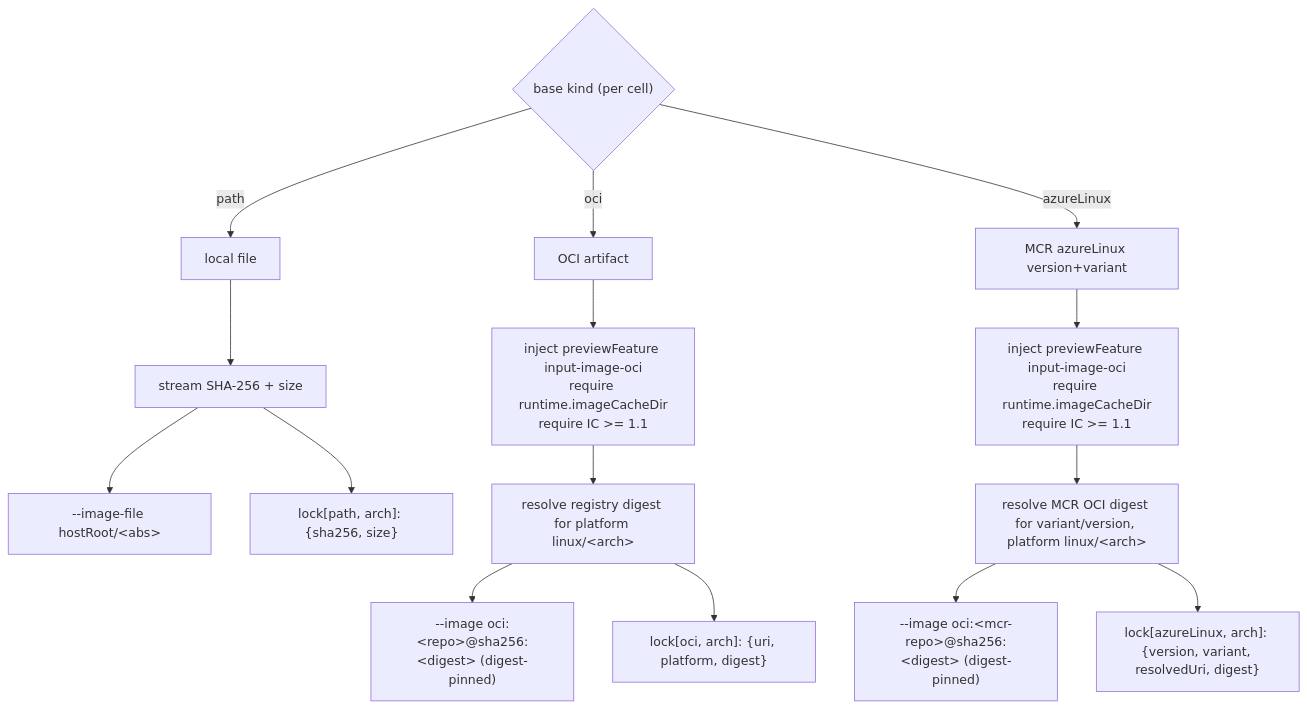
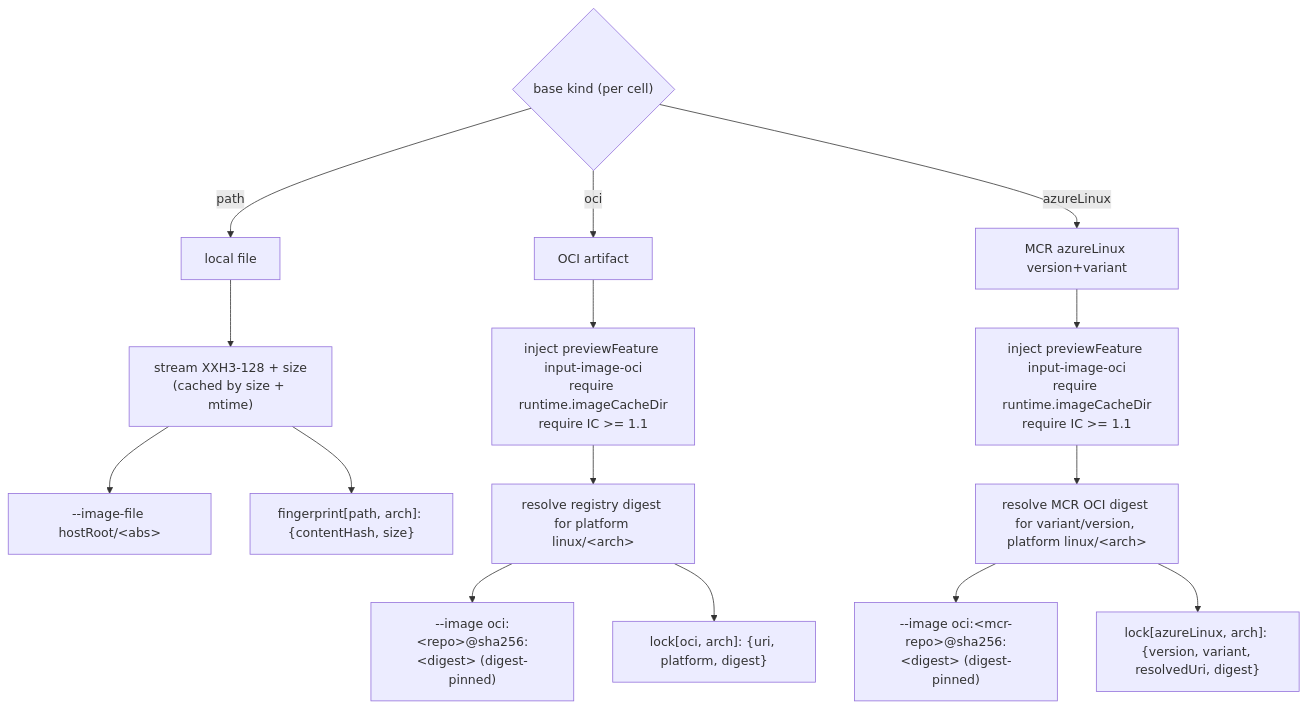
The third of 10 diagrams in meta/docs/design.md (frhuelsz/tailor), drawn with Mermaid before and after one commit. The commit also changed other lines of this file and 12 other files, not shown here.

````diff
--- a/meta/docs/design.md
+++ b/meta/docs/design.md
@@ -494,21 +494,21 @@
 ```mermaid
 flowchart TD
   B{"base kind (per cell)"}
   B -->|path| P["local file"]
   B -->|oci| O["OCI artifact"]
   B -->|azureLinux| AL["MCR azureLinux version+variant"]
 
-  P --> PH["stream SHA-256 + size"]
+  P --> PH["stream XXH3-128 + size<br/>(cached by size + mtime)"]
   PH --> PCLI["--image-file hostRoot/&lt;abs&gt;"]
-  PH --> PL["lock[path, arch]: {sha256, size}"]
+  PH --> PL["fingerprint[path, arch]: {contentHash, size}"]
 
   O --> OPRE["inject previewFeature input-image-oci<br/>require runtime.imageCacheDir<br/>require IC &gt;= 1.1"]
   OPRE --> ORES["resolve registry digest for platform linux/&lt;arch&gt;"]
   ORES --> OCLI["--image oci:&lt;repo&gt;@sha256:&lt;digest&gt; (digest-pinned)"]
   ORES --> OL["lock[oci, arch]: {uri, platform, digest}"]
 
   AL --> APRE["inject previewFeature input-image-oci<br/>require runtime.imageCacheDir<br/>require IC &gt;= 1.1"]
   APRE --> ARES["resolve MCR OCI digest for variant/version, platform linux/&lt;arch&gt;"]
   ARES --> ACLI["--image oci:&lt;mcr-repo&gt;@sha256:&lt;digest&gt; (digest-pinned)"]
   ARES --> ALK["lock[azureLinux, arch]: {version, variant, resolvedUri, digest}"]
 ```
````
